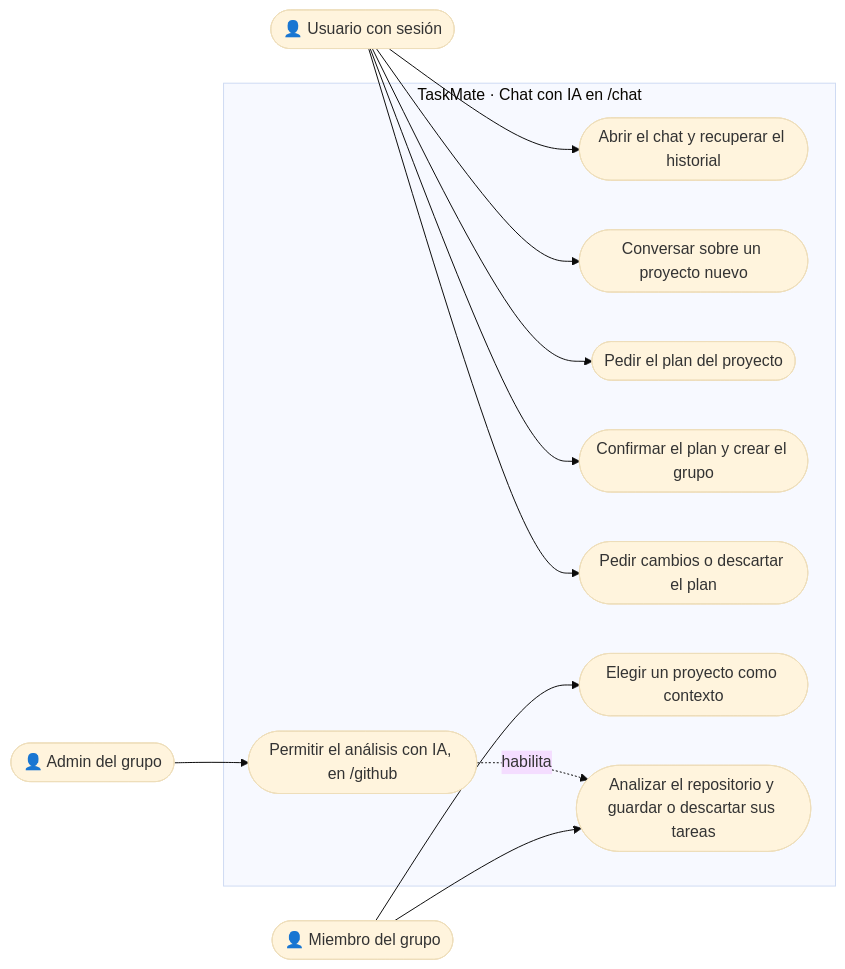
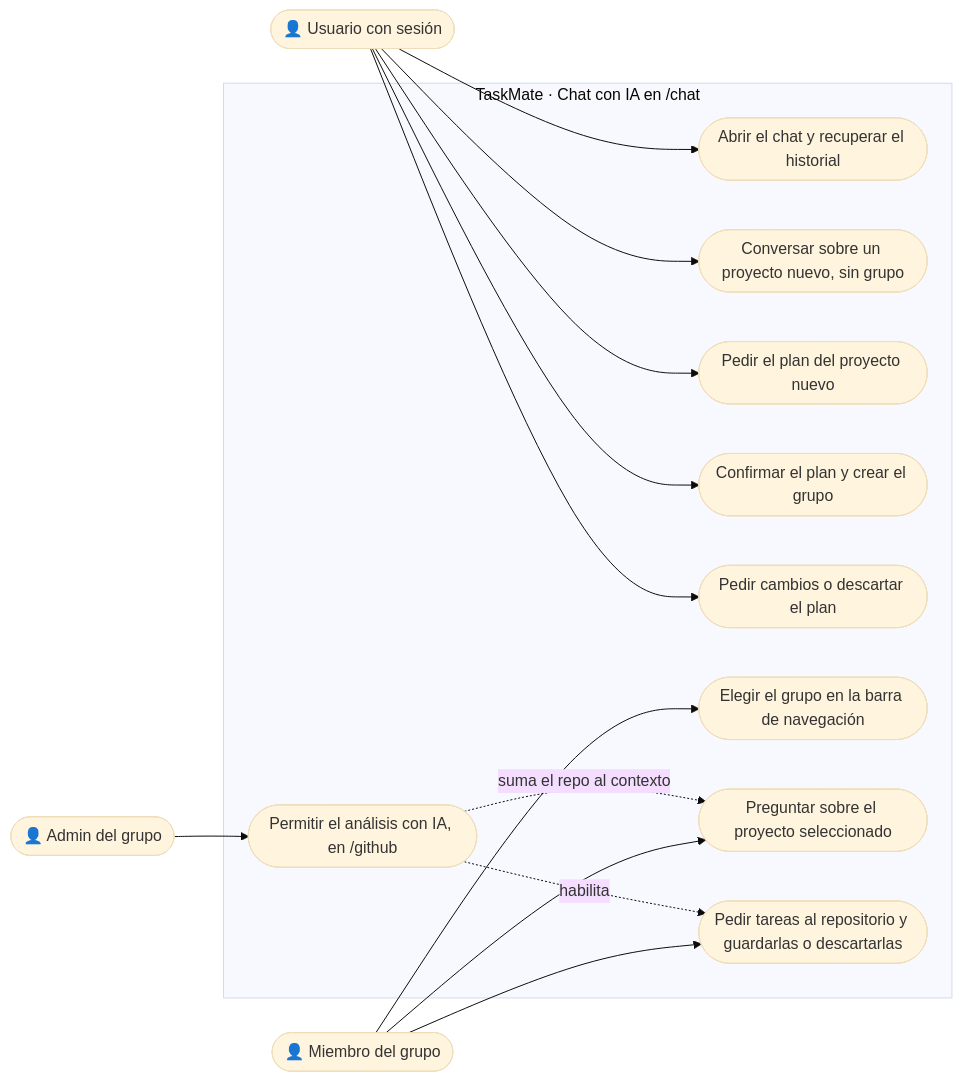
The diagram in documentacion/04-casos-de-uso/05-chat-ia.md (PabloP150/proyecto-is-cc6), drawn with Mermaid (base theme) before and after one commit. The commit also changed other lines of this file and 204 other files, not shown here.

First line of the commit message:
docs: update all documentation, diagrams and PNGs to the test/e2e state

````diff
--- a/documentacion/04-casos-de-uso/05-chat-ia.md
+++ b/documentacion/04-casos-de-uso/05-chat-ia.md
@@ -5,27 +5,30 @@
 ```mermaid
 flowchart LR
     U(["👤 Usuario con sesión"])
     M(["👤 Miembro del grupo"])
     A(["👤 Admin del grupo"])
 
     subgraph SYS["TaskMate · Chat con IA en /chat"]
         uc1(["Abrir el chat y recuperar el historial"])
-        uc2(["Conversar sobre un proyecto nuevo"])
-        uc3(["Pedir el plan del proyecto"])
+        uc2(["Conversar sobre un proyecto nuevo, sin grupo"])
+        uc3(["Pedir el plan del proyecto nuevo"])
         uc4(["Confirmar el plan y crear el grupo"])
         uc5(["Pedir cambios o descartar el plan"])
-        uc6(["Elegir un proyecto como contexto"])
-        uc7(["Analizar el repositorio y guardar o descartar sus tareas"])
+        uc6(["Elegir el grupo en la barra de navegación"])
+        uc9(["Preguntar sobre el proyecto seleccionado"])
+        uc7(["Pedir tareas al repositorio y guardarlas o descartarlas"])
         uc8(["Permitir el análisis con IA, en /github"])
     end
 
     U --> uc1
     U --> uc2
     U --> uc3
     U --> uc4
     U --> uc5
     M --> uc6
+    M --> uc9
     M --> uc7
     A --> uc8
     uc8 -.->|"habilita"| uc7
+    uc8 -.->|"suma el repo al contexto"| uc9
 ```
````
